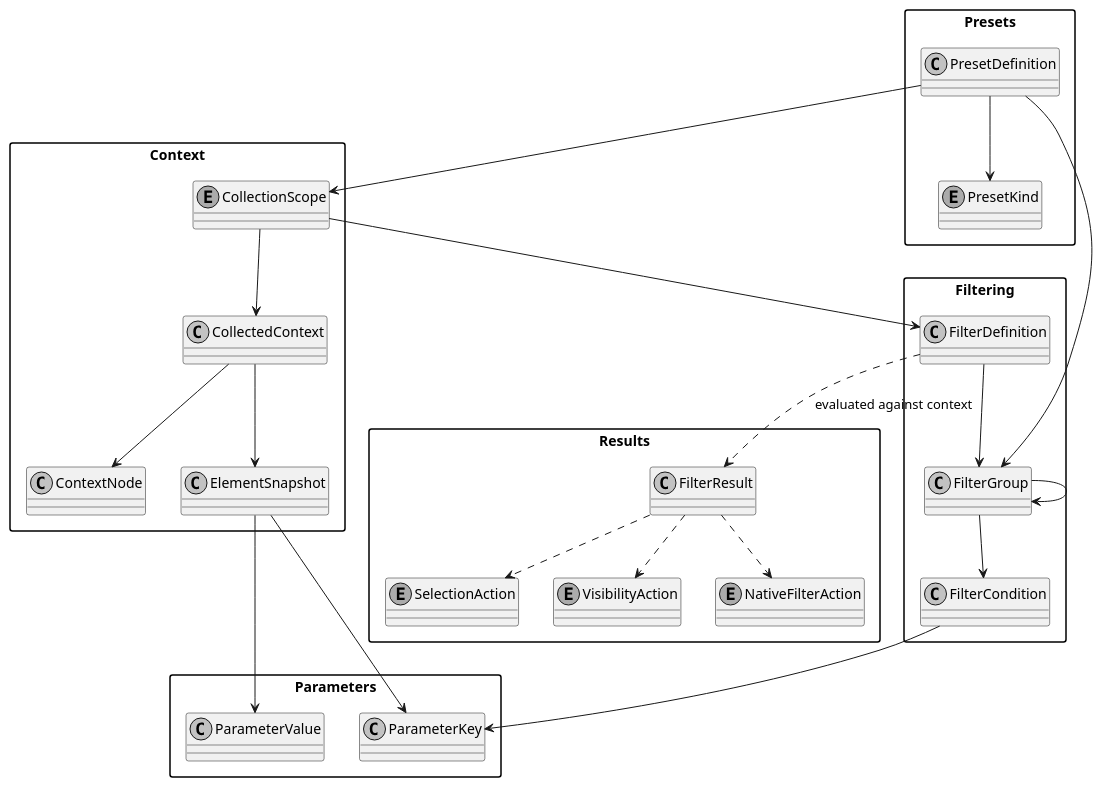
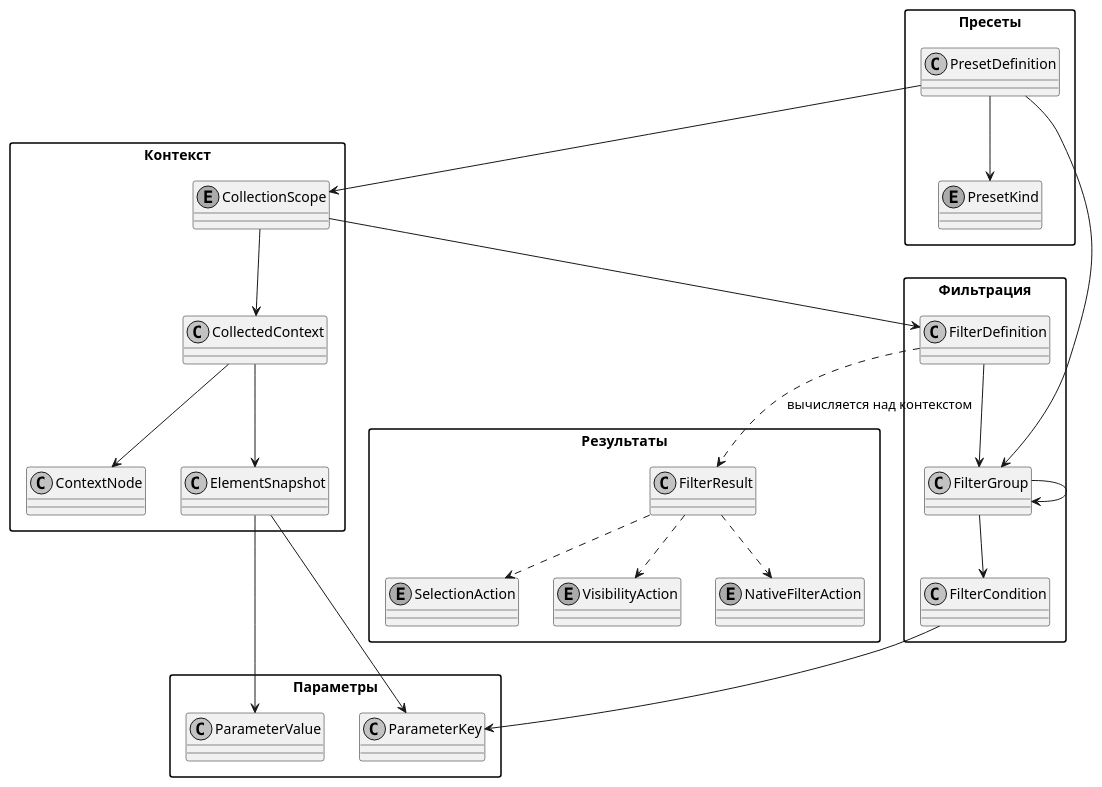
One commit to branch-danya-dev/revit-context-filter-analisys changed the diagram in domain/diagrams/domain-model.puml. Above: the diagram before and after it, drawn with PlantUML. The commit also changed 19 other files, not shown here.

```diff
--- a/domain/diagrams/domain-model.puml
+++ b/domain/diagrams/domain-model.puml
@@ -1,54 +1,48 @@
 @startuml
 skinparam monochrome true
 skinparam shadowing false
 skinparam packageStyle rectangle
 
-package "Context" {
+package "Контекст" {
   enum CollectionScope
   class CollectedContext
   class ContextNode
   class ElementSnapshot
 }
-
-package "Parameters" {
+package "Параметры" {
   class ParameterKey
   class ParameterValue
 }
-
-package "Filtering" {
+package "Фильтрация" {
   class FilterDefinition
   class FilterGroup
   class FilterCondition
 }
-
-package "Presets" {
+package "Пресеты" {
   class PresetDefinition
   enum PresetKind
 }
-
-package "Results" {
+package "Результаты" {
   class FilterResult
   enum SelectionAction
   enum VisibilityAction
   enum NativeFilterAction
 }
-
 CollectionScope --> CollectedContext
 CollectionScope --> FilterDefinition
 CollectedContext --> ContextNode
 CollectedContext --> ElementSnapshot
 ElementSnapshot --> ParameterKey
 ElementSnapshot --> ParameterValue
 FilterDefinition --> FilterGroup
 FilterGroup --> FilterGroup
 FilterGroup --> FilterCondition
 FilterCondition --> ParameterKey
 PresetDefinition --> PresetKind
 PresetDefinition --> CollectionScope
 PresetDefinition --> FilterGroup
-FilterDefinition ..> FilterResult : evaluated against context
+FilterDefinition ..> FilterResult : вычисляется над контекстом
 FilterResult ..> SelectionAction
 FilterResult ..> VisibilityAction
 FilterResult ..> NativeFilterAction
-
 @enduml
```
